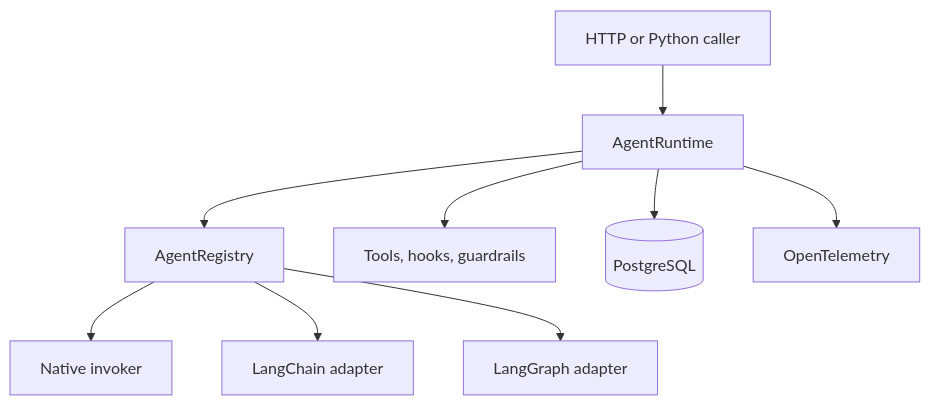
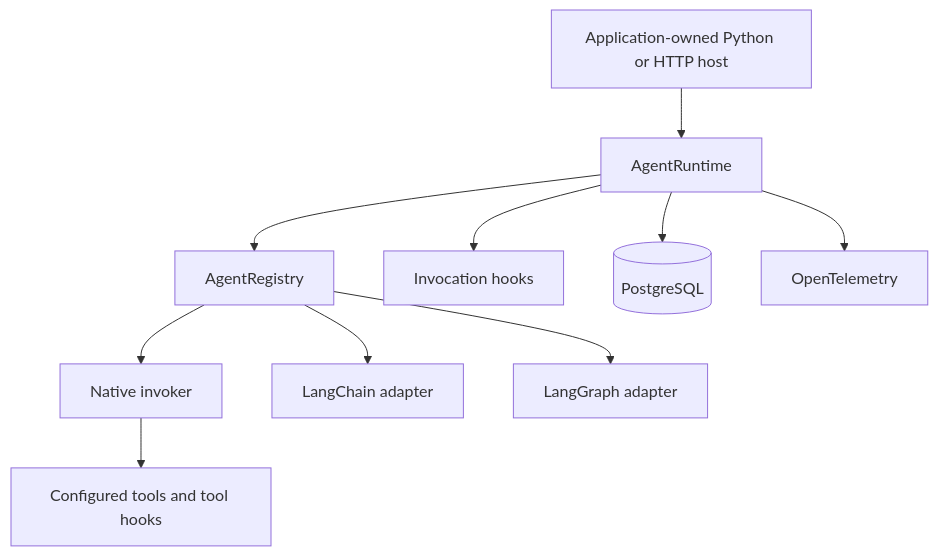
One commit to Shengtao-Lin/agent-runtime-kit changed the diagram in README.md. Above: the diagram before and after it, drawn with Mermaid. The commit also changed other lines of this file and 16 other files, not shown here.

Commit message:
docs: align library architecture and next-stage acceptance criteria (#34)

````diff
--- a/README.md
+++ b/README.md
@@ -42,11 +29,12 @@
 ```mermaid
 flowchart TD
-    Caller[HTTP or Python caller] --> Runtime[AgentRuntime]
+    Caller[Application-owned Python or HTTP host] --> Runtime[AgentRuntime]
     Runtime --> Registry[AgentRegistry]
     Registry --> Native[Native invoker]
     Registry --> LC[LangChain adapter]
     Registry --> LG[LangGraph adapter]
-    Runtime --> Policy[Tools, hooks, guardrails]
+    Runtime --> Policy[Invocation hooks]
+    Native --> Tools[Configured tools and tool hooks]
     Runtime --> Postgres[(PostgreSQL)]
     Runtime --> OTEL[OpenTelemetry]
 ```
````
